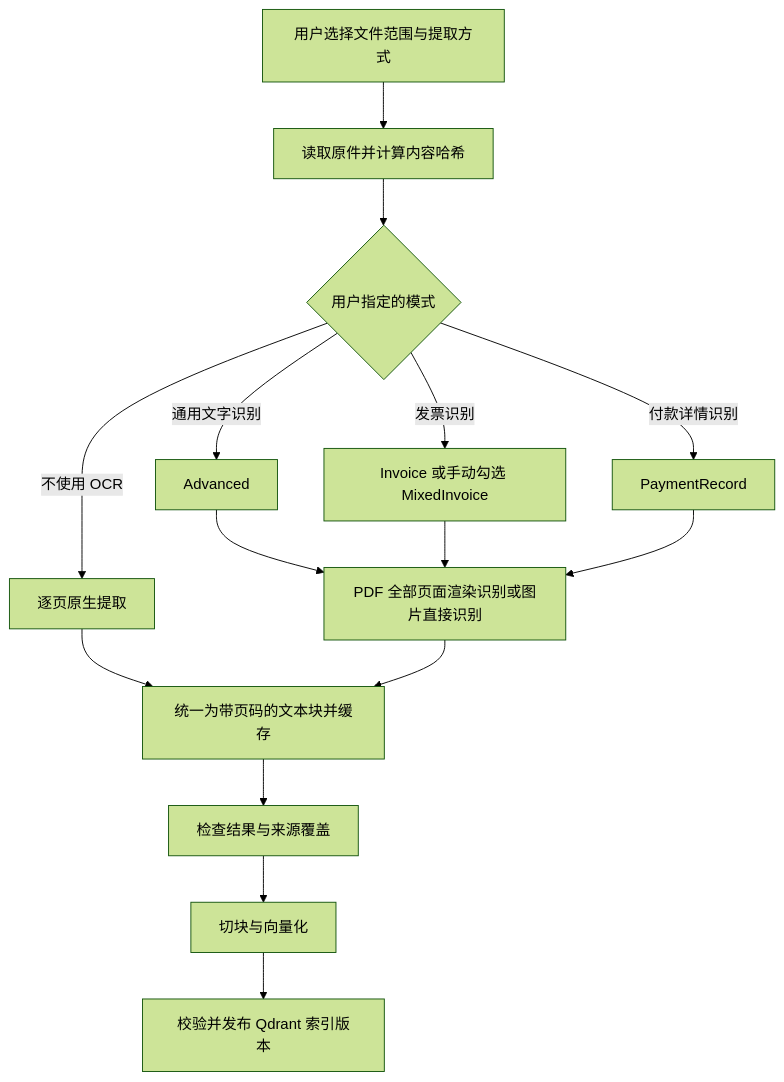
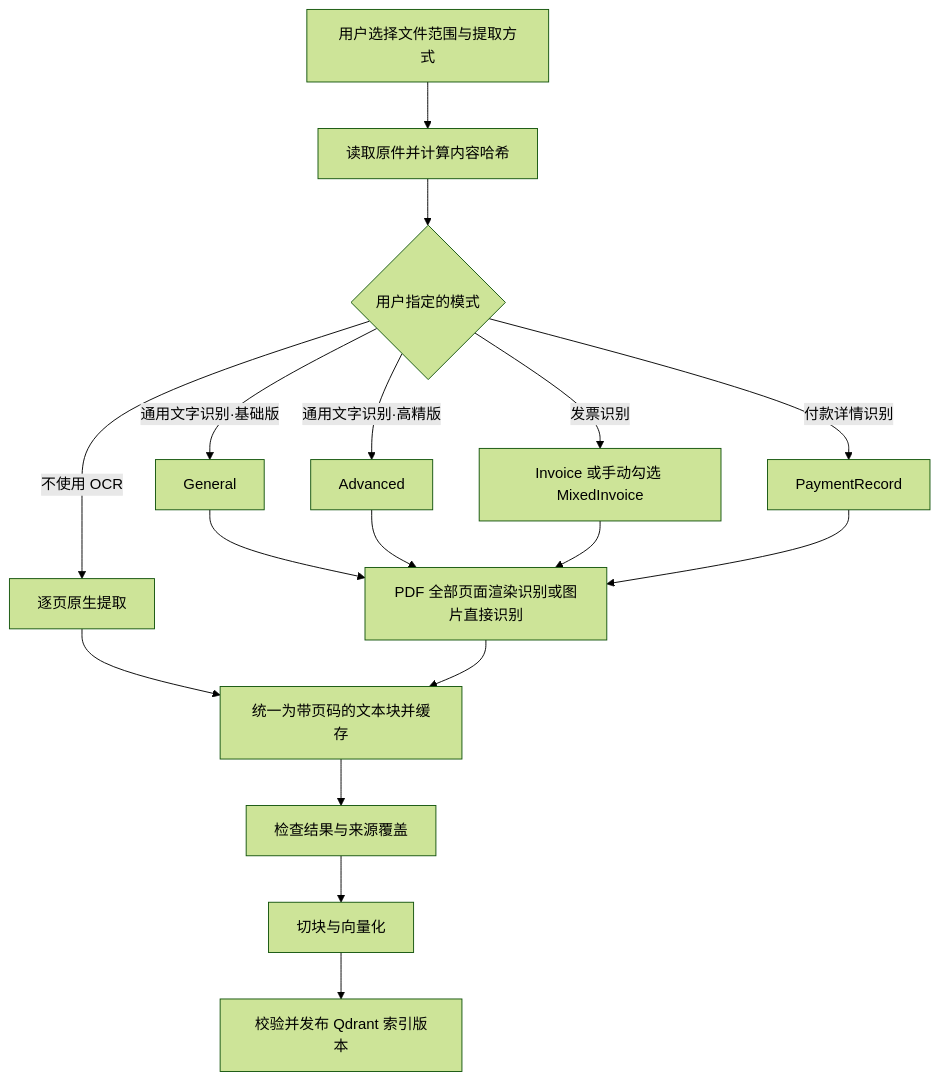
The diagram in docs/OCR接入技术方案.md (AnXin-HITSZ/QA-Agent), drawn with Mermaid (forest theme) before and after one commit. The commit also changed other lines of this file and 13 other files, not shown here.

````diff
--- a/docs/OCR接入技术方案.md
+++ b/docs/OCR接入技术方案.md
@@ -43,17 +43,19 @@
 ```mermaid
 flowchart TD
     A[用户选择文件范围与提取方式] --> B[读取原件并计算内容哈希]
     B --> C{用户指定的模式}
     C -->|不使用 OCR| D[逐页原生提取]
-    C -->|通用文字识别| E[Advanced]
+    C -->|通用文字识别·基础版| E1[General]
+    C -->|通用文字识别·高精版| E2[Advanced]
     C -->|发票识别| F[Invoice 或手动勾选 MixedInvoice]
     C -->|付款详情识别| G[PaymentRecord]
-    E --> H[PDF 全部页面渲染识别或图片直接识别]
+    E1 --> H[PDF 全部页面渲染识别或图片直接识别]
+    E2 --> H
     F --> H
     G --> H
     D --> I[统一为带页码的文本块并缓存]
     H --> I
     I --> J[检查结果与来源覆盖]
     J --> K[切块与向量化]
     K --> L[校验并发布 Qdrant 索引版本]
 ```
````
